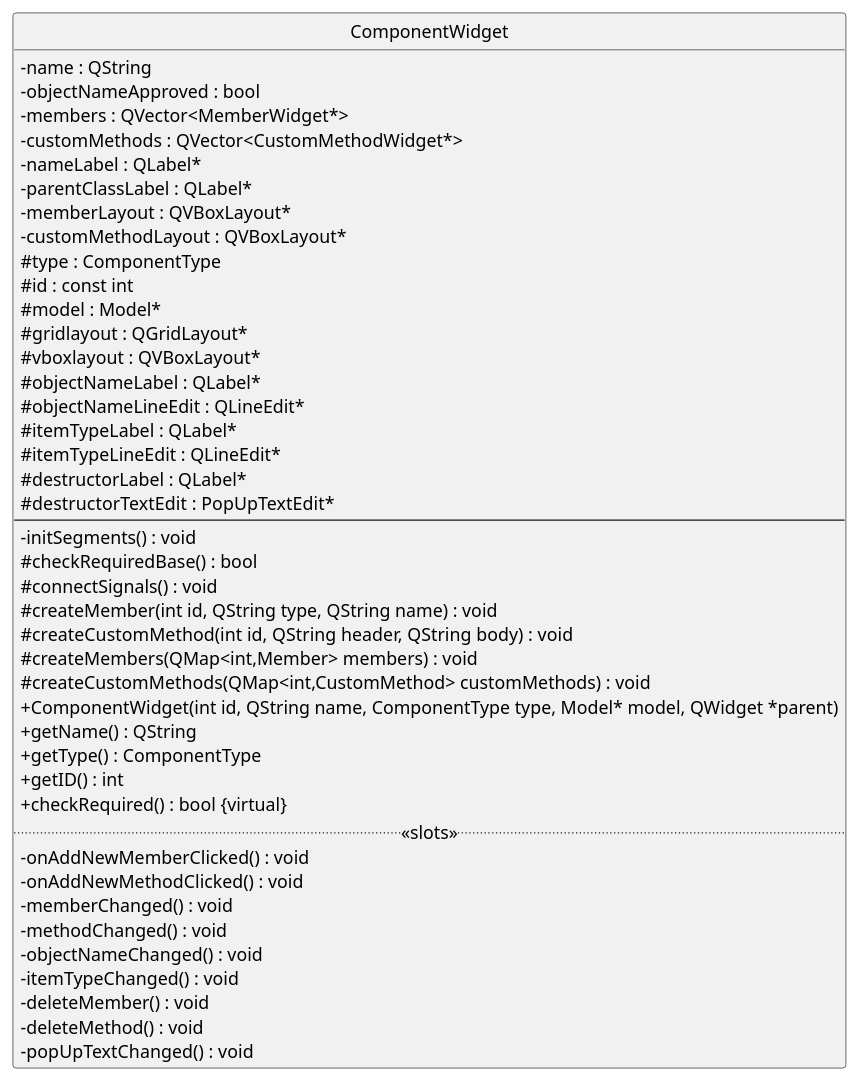
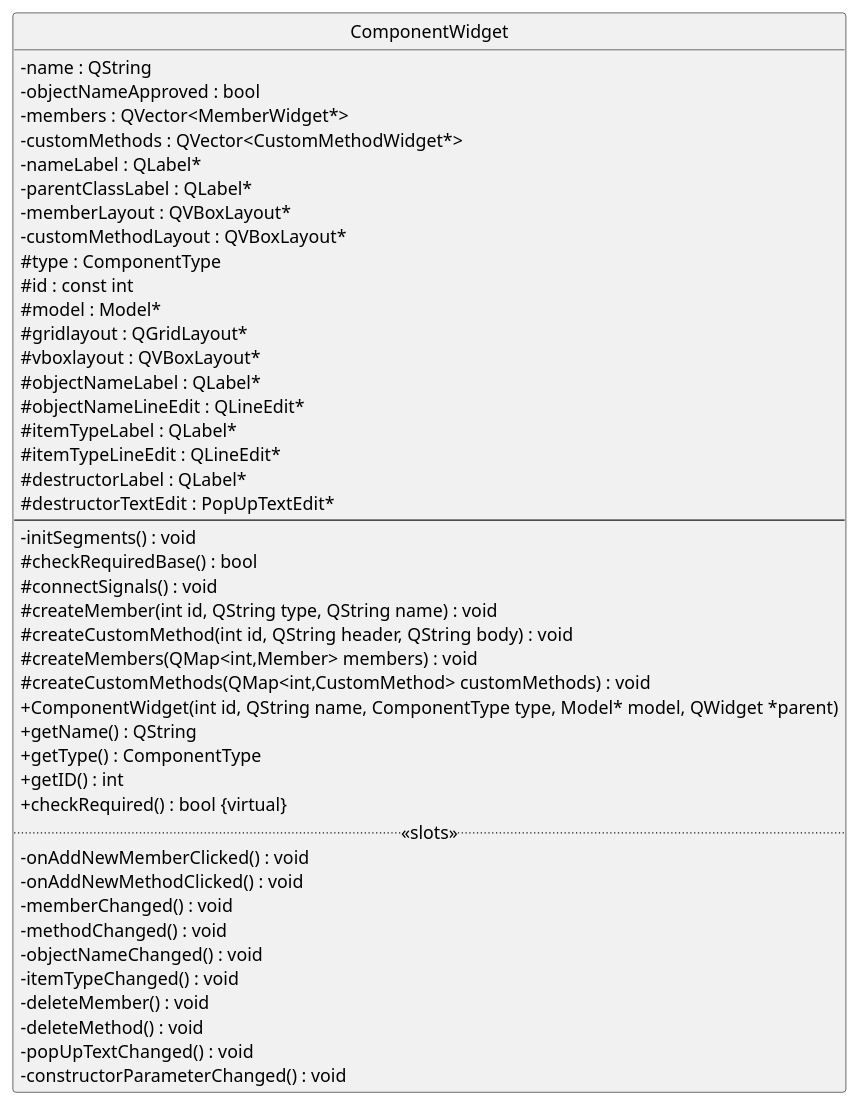
Before and after one commit to pecku/szakdoga: the second of 12 diagrams in docs/view.puml, drawn with PlantUML. The commit also changed 2 other files, not shown here.

```diff
--- a/docs/view.puml
+++ b/docs/view.puml
@@ -82,54 +82,55 @@
 @startuml ComponentWidget
 
 skinparam Monochrome true
 skinparam ClassAttributeIconSize 0
 hide circle
 hide enum methods
 
 class ComponentWidget
 {
     - name : QString
     - objectNameApproved : bool
     - members : QVector<MemberWidget*>
     - customMethods : QVector<CustomMethodWidget*>
     - nameLabel : QLabel*
     - parentClassLabel : QLabel*
     - memberLayout : QVBoxLayout*
     - customMethodLayout : QVBoxLayout*
     # type : ComponentType
     # id : const int
     # model : Model*
     # gridlayout : QGridLayout*
     # vboxlayout : QVBoxLayout*
     # objectNameLabel : QLabel*
     # objectNameLineEdit : QLineEdit*
     # itemTypeLabel : QLabel*
     # itemTypeLineEdit : QLineEdit*
     # destructorLabel : QLabel*
     # destructorTextEdit : PopUpTextEdit*
 --
     - initSegments() : void
     # checkRequiredBase() : bool
     # connectSignals() : void
     # createMember(int id, QString type, QString name) : void
     # createCustomMethod(int id, QString header, QString body) : void
     # createMembers(QMap<int,Member> members) : void
     # createCustomMethods(QMap<int,CustomMethod> customMethods) : void
     + ComponentWidget(int id, QString name, ComponentType type, Model* model, QWidget *parent)
     + getName() : QString
     + getType() : ComponentType
     + getID() : int
     + checkRequired() : bool {virtual}
 .. <<slots>> ..
     - onAddNewMemberClicked() : void
     - onAddNewMethodClicked() : void
     - memberChanged() : void
     - methodChanged() : void
     - objectNameChanged() : void
     - itemTypeChanged() : void
     - deleteMember() : void
     - deleteMethod() : void
     - popUpTextChanged() : void
+    - constructorParameterChanged() : void
 }
 
 @enduml
```
